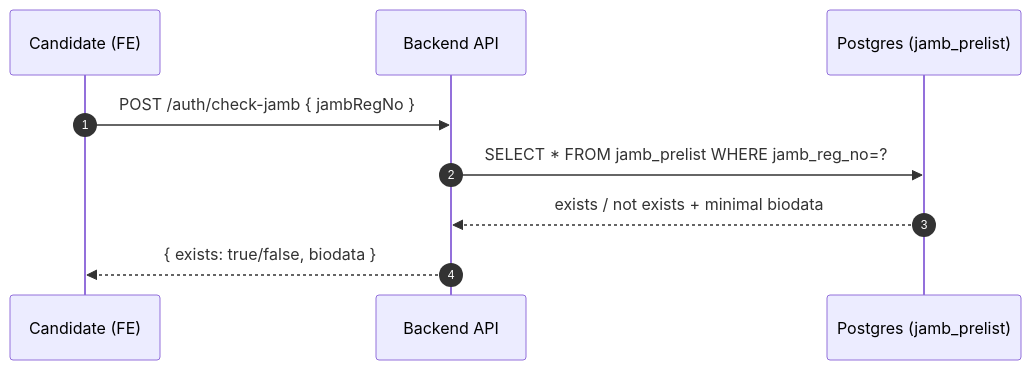
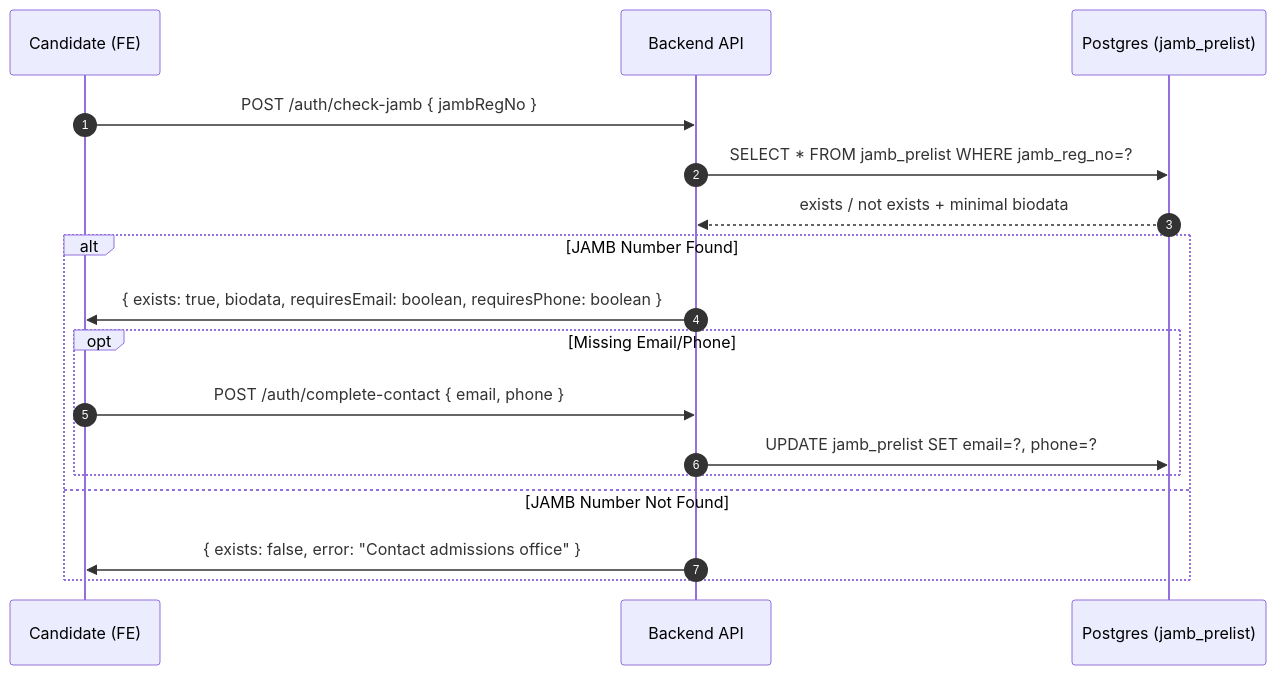
One commit to sbikelly/fuep_api changed the first of 25 diagrams in docs/sequence-diagrams.md. Above: the diagram before and after it, drawn with Mermaid. The commit also changed other lines of this file and 3 other files, not shown here.

First line of the commit message:
Documentation Updates: Align Candidate Registration Flow with PROPOSAL.md

````diff
--- a/docs/sequence-diagrams.md
+++ b/docs/sequence-diagrams.md
@@ -16,12 +16,20 @@
 ```mermaid
 sequenceDiagram
   autonumber
   participant U as Candidate (FE)
   participant API as Backend API
   participant DB as Postgres (jamb_prelist)
 
   U->>API: POST /auth/check-jamb { jambRegNo }
   API->>DB: SELECT * FROM jamb_prelist WHERE jamb_reg_no=?
   DB-->>API: exists / not exists + minimal biodata
-  API-->>U: { exists: true/false, biodata }
+  alt JAMB Number Found
+    API->>U: { exists: true, biodata, requiresEmail: boolean, requiresPhone: boolean }
+    opt Missing Email/Phone
+      U->>API: POST /auth/complete-contact { email, phone }
+      API->>DB: UPDATE jamb_prelist SET email=?, phone=?
+    end
+  else JAMB Number Not Found
+    API->>U: { exists: false, error: "Contact admissions office" }
+  end
 ```
````
